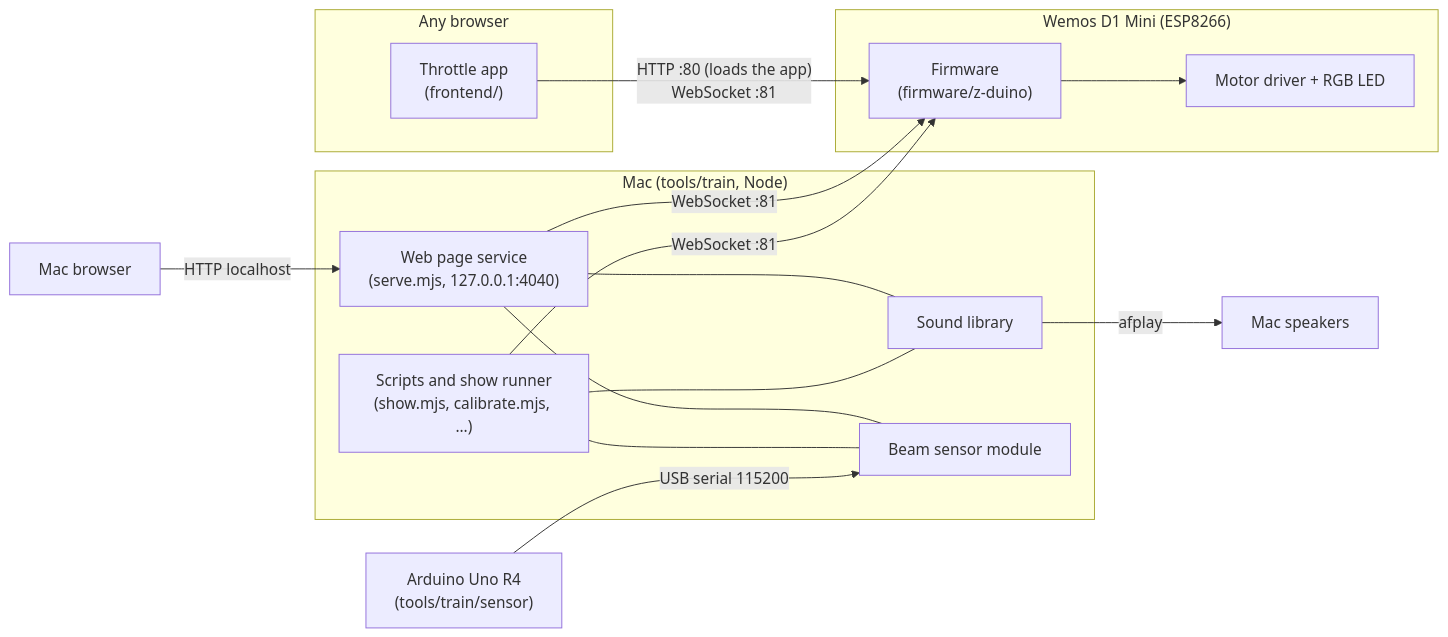
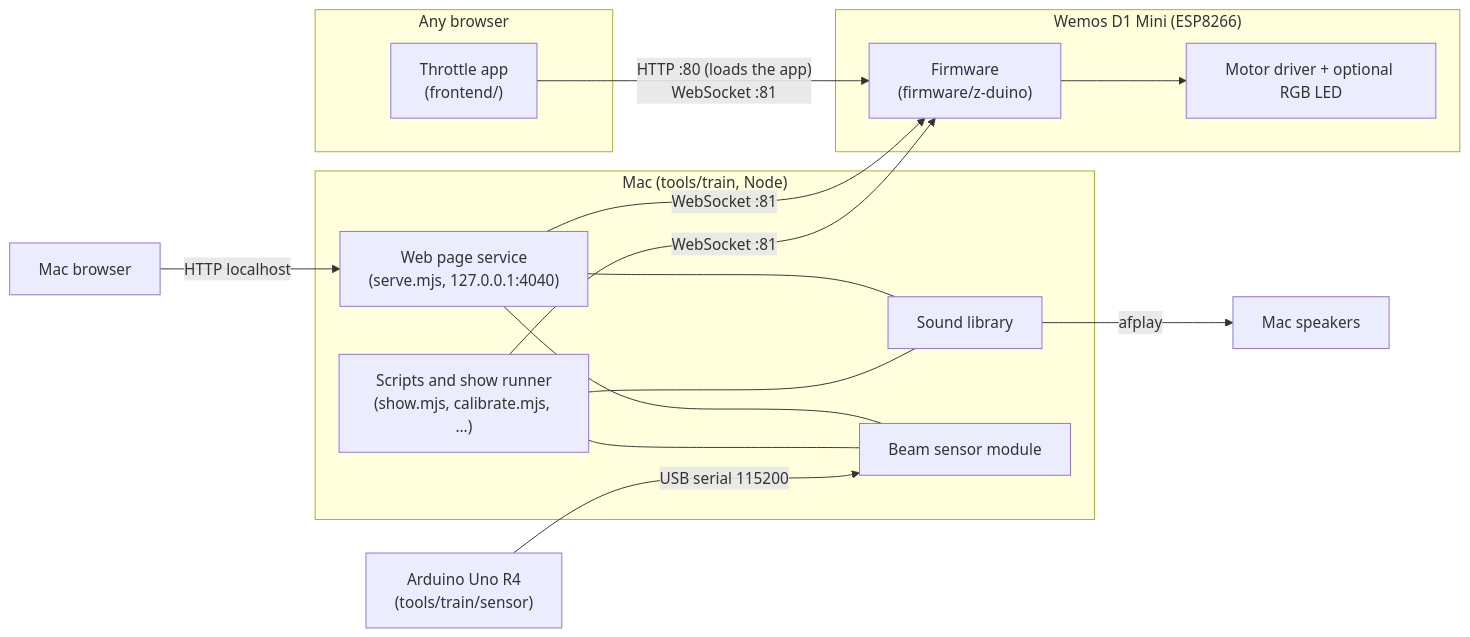
One commit to yamanote1138/z-duino changed the diagram in docs/ARCHITECTURE.md. Above: the diagram before and after it, drawn with Mermaid. The commit also changed other lines of this file and 26 other files, not shown here.

Commit message:
Status LED is optional hardware: HAS_STATUS_LED build flag (default on) with a no-op StatusLED, features.led in the status message, app hides LED controls, Mac controller skips LED steps (controller.led setting), docs, CI compiles both variants

````diff
--- a/docs/ARCHITECTURE.md
+++ b/docs/ARCHITECTURE.md
@@ -7,28 +7,28 @@
 ```mermaid
 flowchart LR
   subgraph phone["Any browser"]
     UI["Throttle app<br/>(frontend/)"]
   end
   subgraph wemos["Wemos D1 Mini (ESP8266)"]
     FW["Firmware<br/>(firmware/z-duino)"]
-    M["Motor driver + RGB LED"]
+    M["Motor driver + optional RGB LED"]
     FW --> M
   end
   subgraph mac["Mac (tools/train, Node)"]
     SCRIPTS["Scripts and show runner<br/>(show.mjs, calibrate.mjs, ...)"]
     WEB["Web page service<br/>(serve.mjs, 127.0.0.1:4040)"]
     SND["Sound library"]
     SENS["Beam sensor module"]
   end
   UNO["Arduino Uno R4<br/>(tools/train/sensor)"]
   UI -- "HTTP :80 (loads the app)<br/>WebSocket :81" --> FW
   SCRIPTS -- "WebSocket :81" --> FW
   WEB -- "WebSocket :81" --> FW
   UNO -- "USB serial 115200" --> SENS
   SCRIPTS --- SENS
   WEB --- SENS
   SCRIPTS --- SND
   WEB --- SND
   SND -- "afplay" --> SPK["Mac speakers"]
   BR["Mac browser"] -- "HTTP localhost" --> WEB
 ```
````
